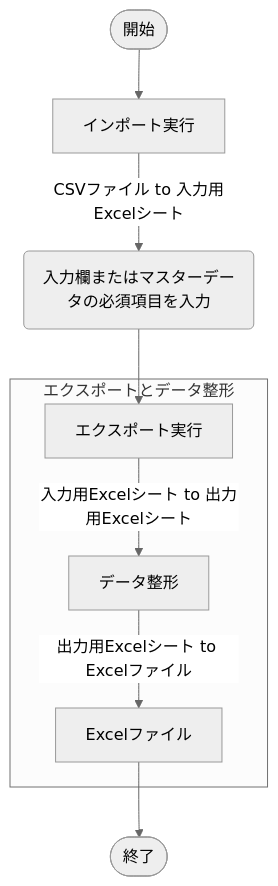
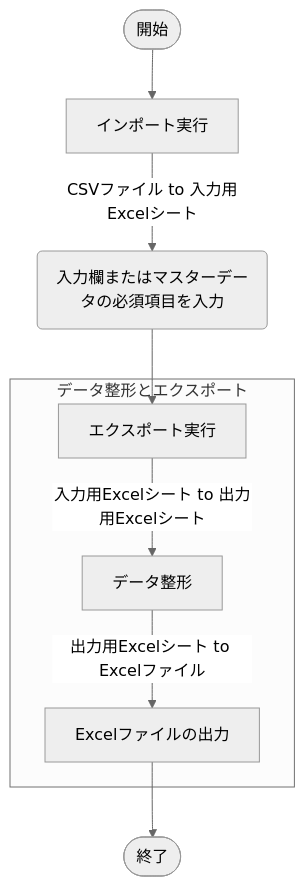
The diagram in articles/cb016a39a1562e.md (akiGAMEBOY/haretokidoki_zn), drawn with Mermaid (neutral theme) before and after one commit. The commit also changed other lines of this file, not shown here.

````diff
--- a/articles/cb016a39a1562e.md
+++ b/articles/cb016a39a1562e.md
@@ -44,11 +44,11 @@
 ```mermaid
 flowchart TB
     A([開始]) --> B[インポート実行]
     B -->|CSVファイル to 入力用Excelシート| C(入力欄またはマスターデータの必須項目を入力)
     C --> D[エクスポート実行]
-    subgraph エクスポートとデータ整形
+    subgraph データ整形とエクスポート
     D --> |入力用Excelシート to 出力用Excelシート| E[データ整形]
-    E --> |出力用Excelシート to Excelファイル| F[Excelファイル]
+    E --> |出力用Excelシート to Excelファイル| F[Excelファイルの出力]
     end
     F --> G([終了])
 ```
````
